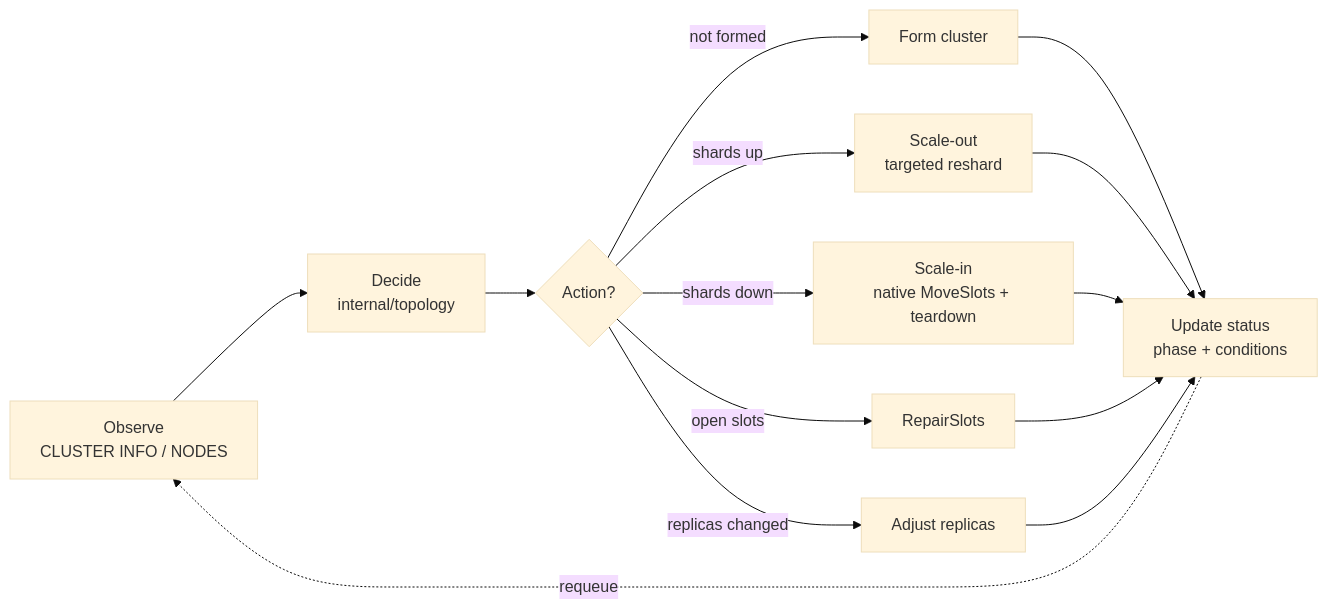
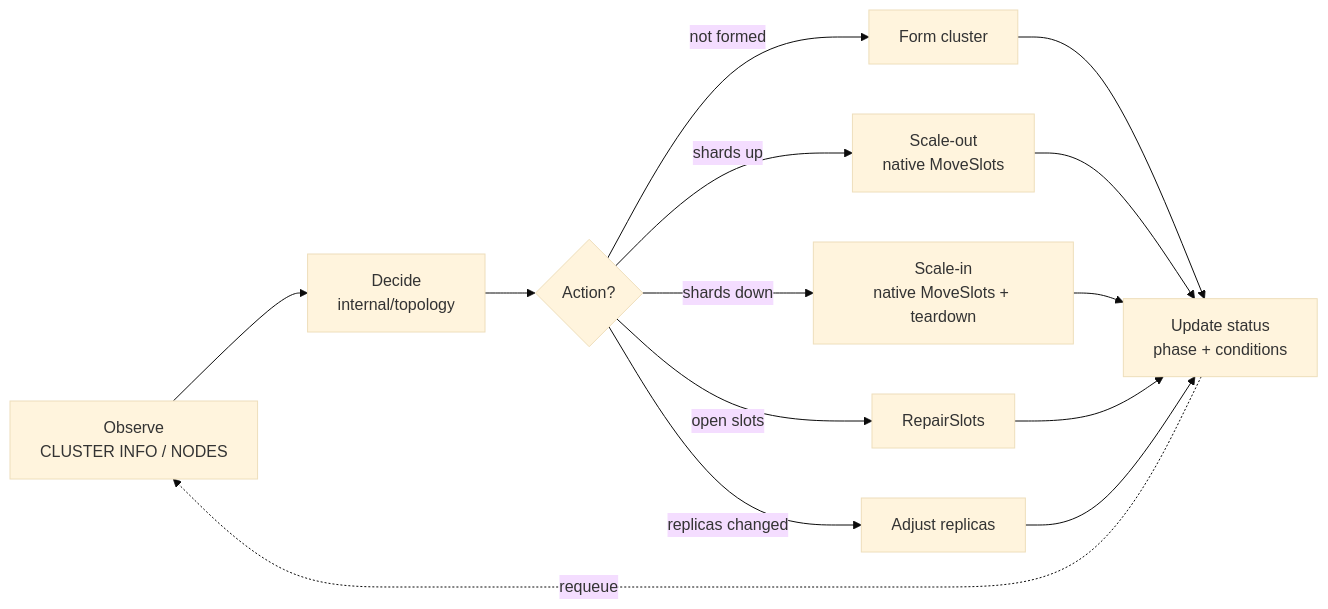
One commit to razkevich/valkeycluster-operator changed the second of 2 diagrams in docs/index.md. Above: the diagram before and after it, drawn with Mermaid (base theme). The commit also changed other lines of this file and 7 other files, not shown here.

````diff
--- a/docs/index.md
+++ b/docs/index.md
@@ -56,16 +56,16 @@
 ```mermaid
 flowchart LR
   OBS["Observe<br/>CLUSTER INFO / NODES"] --> DEC["Decide<br/>internal/topology"]
   DEC --> ACT{"Action?"}
   ACT -->|not formed| FORM["Form cluster"]
-  ACT -->|shards up| OUT["Scale-out<br/>targeted reshard"]
+  ACT -->|shards up| OUT["Scale-out<br/>native MoveSlots"]
   ACT -->|shards down| IN["Scale-in<br/>native MoveSlots + teardown"]
   ACT -->|open slots| REP["RepairSlots"]
   ACT -->|replicas changed| RPL["Adjust replicas"]
   FORM --> ST["Update status<br/>phase + conditions"]
   OUT --> ST
   IN --> ST
   REP --> ST
   RPL --> ST
   ST -.->|requeue| OBS
 ```
````
